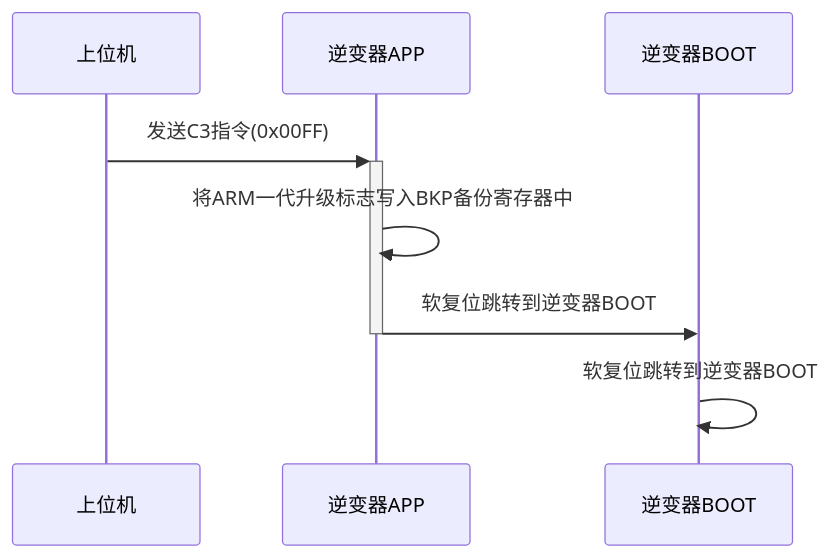
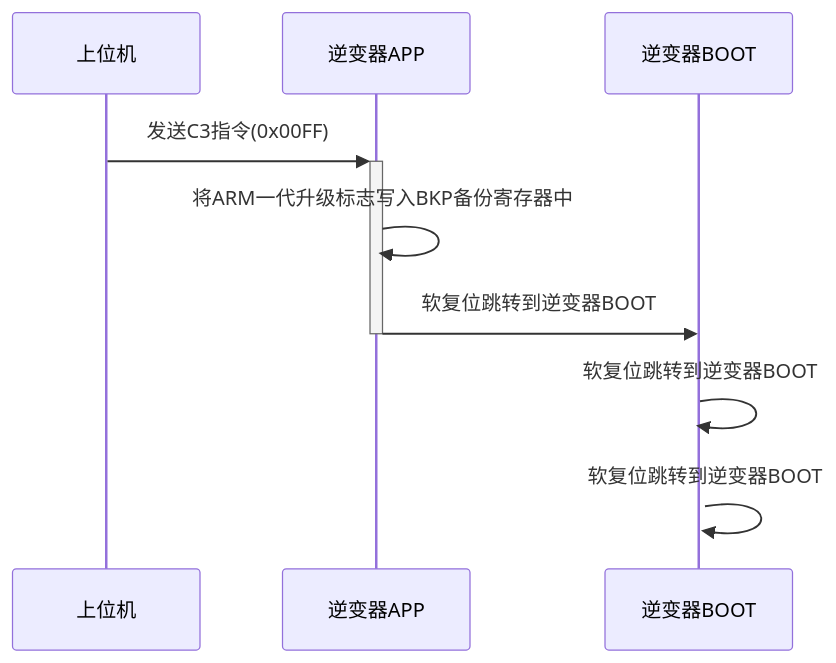
Before and after one commit to 2078142847/iodraw-files: the diagram in all/未命名-2.md, drawn with Mermaid.

Commit message:
2024-05-30 15:35:02 update

````diff
--- a/all/未命名-2.md
+++ b/all/未命名-2.md
@@ -1,14 +1,13 @@
 ```mermaid
 sequenceDiagram
 
     participant A as 上位机
     participant B as 逆变器APP
     participant C as 逆变器BOOT
     A->>+B: 发送C3指令(0x00FF)
     B->>B: 将ARM一代升级标志写入BKP备份寄存器中
     B->>-C: 软复位跳转到逆变器BOOT
     C->>+C: 软复位跳转到逆变器BOOT
-
-    
+      C->>+C: 软复位跳转到逆变器BOOT
     
 ```
````
